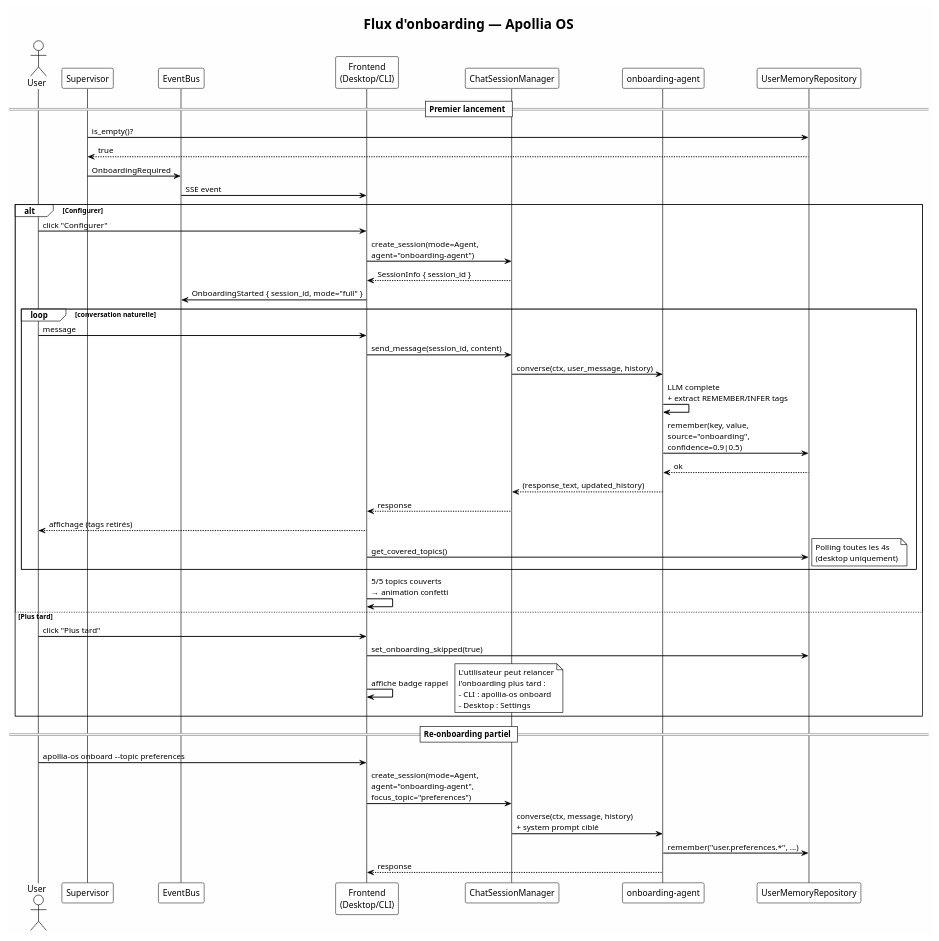
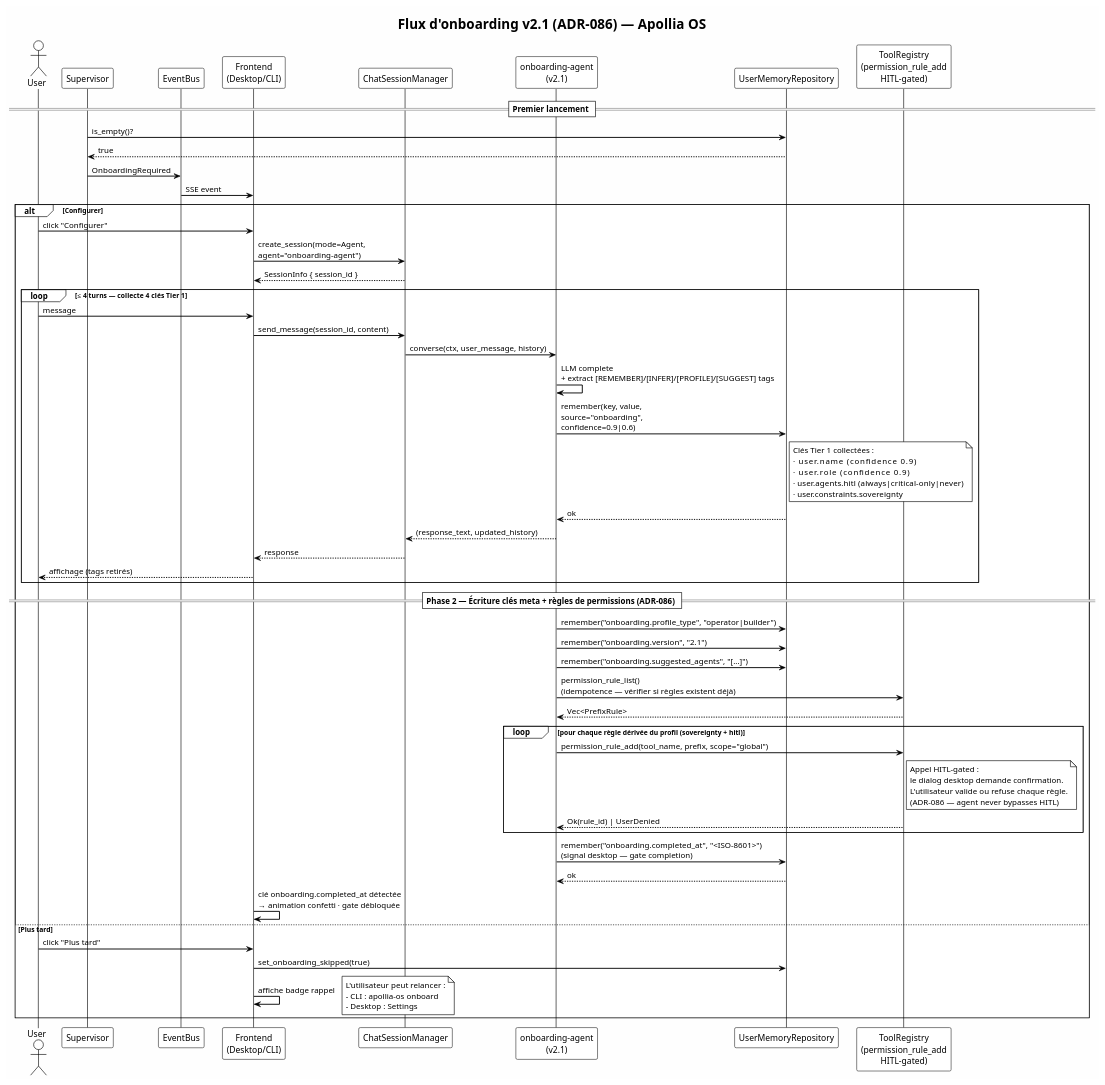
One commit to nidal-z/apollia-os changed the diagram in docs/diagrams/seq-onboarding-flow.puml. Above: the diagram before and after it, drawn with PlantUML. The commit also changed 50 other files, not shown here.

```diff
--- a/docs/diagrams/seq-onboarding-flow.puml
+++ b/docs/diagrams/seq-onboarding-flow.puml
@@ -1,66 +1,85 @@
 @startuml seq-onboarding-flow
 !theme plain
 skinparam backgroundColor #FEFEFE
 skinparam sequenceArrowThickness 1.5
 skinparam sequenceParticipantBorderColor #333333
 
-title Flux d'onboarding — Apollia OS
+title Flux d'onboarding v2.1 (ADR-086) — Apollia OS
 
 actor User
 participant "Supervisor" as Sup
 participant "EventBus" as Bus
 participant "Frontend\n(Desktop/CLI)" as UI
 participant "ChatSessionManager" as Chat
-participant "onboarding-agent" as Agent
+participant "onboarding-agent\n(v2.1)" as Agent
 participant "UserMemoryRepository" as Mem
+participant "ToolRegistry\n(permission_rule_add\nHITL-gated)" as Tools
 
 == Premier lancement ==
 
 Sup -> Mem : is_empty()?
 Mem --> Sup : true
 Sup -> Bus : OnboardingRequired
 Bus -> UI : SSE event
 
 alt Configurer
   User -> UI : click "Configurer"
   UI -> Chat : create_session(mode=Agent,\nagent="onboarding-agent")
   Chat --> UI : SessionInfo { session_id }
-  UI -> Bus : OnboardingStarted { session_id, mode="full" }
 
-  loop conversation naturelle
+  loop ≤ 4 turns — collecte 4 clés Tier 1
     User -> UI : message
     UI -> Chat : send_message(session_id, content)
     Chat -> Agent : converse(ctx, user_message, history)
-    Agent -> Agent : LLM complete\n+ extract REMEMBER/INFER tags
-    Agent -> Mem : remember(key, value,\nsource="onboarding",\nconfidence=0.9|0.5)
+    Agent -> Agent : LLM complete\n+ extract [REMEMBER]/[INFER]/[PROFILE]/[SUGGEST] tags
+    Agent -> Mem : remember(key, value,\nsource="onboarding",\nconfidence=0.9|0.6)
+    note right of Mem
+      Clés Tier 1 collectées :
+      · user.name          (confidence 0.9)
+      · user.role          (confidence 0.9)
+      · user.agents.hitl   (always|critical-only|never)
+      · user.constraints.sovereignty
+    end note
     Mem --> Agent : ok
     Agent --> Chat : (response_text, updated_history)
     Chat --> UI : response
     UI --> User : affichage (tags retirés)
-    UI -> Mem : get_covered_topics()
-    note right : Polling toutes les 4s\n(desktop uniquement)
   end
 
-  UI -> UI : 5/5 topics couverts\n→ animation confetti
+  == Phase 2 — Écriture clés meta + règles de permissions (ADR-086) ==
+
+  Agent -> Mem : remember("onboarding.profile_type", "operator|builder")
+  Agent -> Mem : remember("onboarding.version", "2.1")
+  Agent -> Mem : remember("onboarding.suggested_agents", "[...]")
+
+  Agent -> Tools : permission_rule_list()\n(idempotence — vérifier si règles existent déjà)
+  Tools --> Agent : Vec<PrefixRule>
+
+  loop pour chaque règle dérivée du profil (sovereignty + hitl)
+    Agent -> Tools : permission_rule_add(tool_name, prefix, scope="global")
+    note right of Tools
+      Appel HITL-gated :
+      le dialog desktop demande confirmation.
+      L'utilisateur valide ou refuse chaque règle.
+      (ADR-086 — agent never bypasses HITL)
+    end note
+    Tools --> Agent : Ok(rule_id) | UserDenied
+  end
+
+  Agent -> Mem : remember("onboarding.completed_at", "<ISO-8601>")\n(signal desktop — gate completion)
+  Mem --> Agent : ok
+
+  UI -> UI : clé onboarding.completed_at détectée\n→ animation confetti · gate débloquée
 
 else Plus tard
   User -> UI : click "Plus tard"
   UI -> Mem : set_onboarding_skipped(true)
   UI -> UI : affiche badge rappel
   note right
-    L'utilisateur peut relancer
-    l'onboarding plus tard :
+    L'utilisateur peut relancer :
     - CLI : apollia-os onboard
     - Desktop : Settings
   end note
 end
 
-== Re-onboarding partiel ==
-
-User -> UI : apollia-os onboard --topic preferences
-UI -> Chat : create_session(mode=Agent,\nagent="onboarding-agent",\nfocus_topic="preferences")
-Chat -> Agent : converse(ctx, message, history)\n+ system prompt ciblé
-Agent -> Mem : remember("user.preferences.*", ...)
-Agent --> UI : response
-
 @enduml
```
